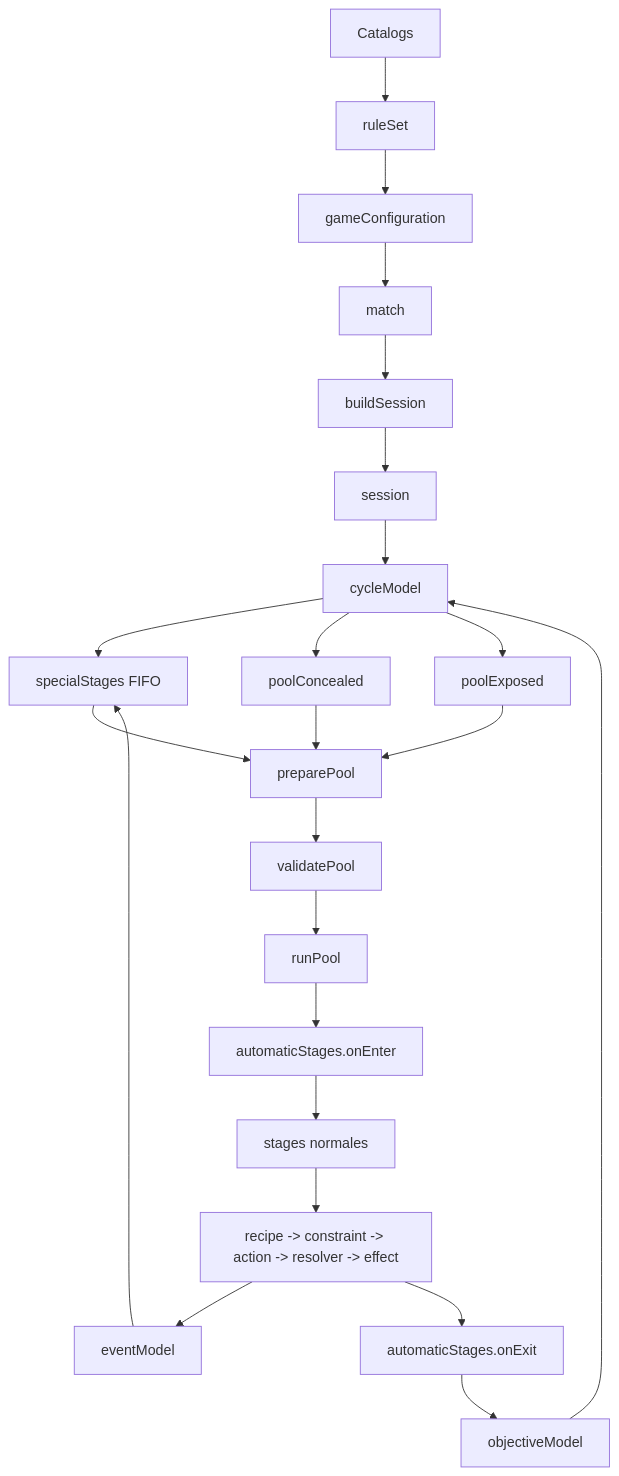
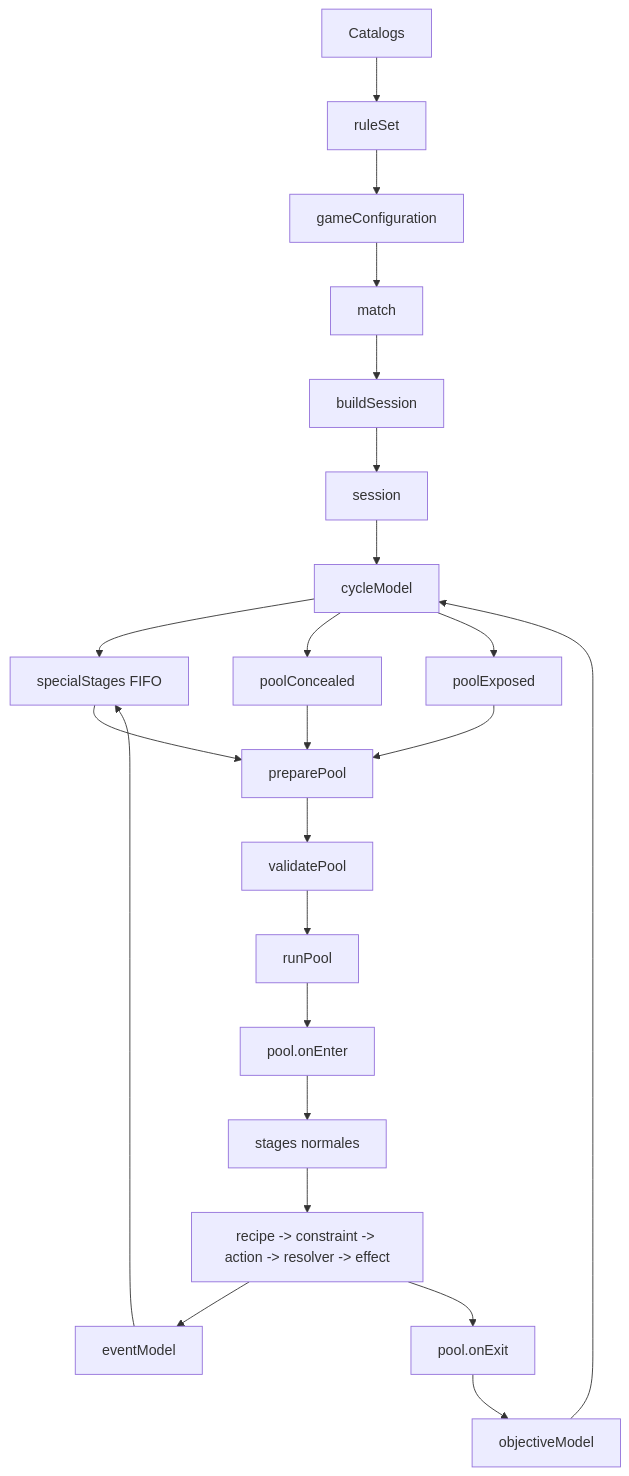
Before and after one commit to juanramonmorandeira/castronegro-director: the diagram in docs/domain_architecture.md, drawn with Mermaid. The commit also changed other lines of this file and 47 other files, not shown here.

````diff
--- a/docs/domain_architecture.md
+++ b/docs/domain_architecture.md
@@ -20,45 +20,45 @@
 ```mermaid
 flowchart TD
   CATALOGS["Catalogs"]
   RULESET["ruleSet"]
   CONFIG["gameConfiguration"]
   MATCH["match"]
   BUILD["buildSession"]
   SESSION["session"]
   CYCLE["cycleModel"]
   SPECIAL["specialStages FIFO"]
   CONCEALED["poolConcealed"]
   EXPOSED["poolExposed"]
   PREPARE["preparePool"]
   VALIDATE["validatePool"]
   RUN["runPool"]
-  ENTER["automaticStages.onEnter"]
+  ENTER["pool.onEnter"]
   STAGES["stages normales"]
-  EXIT["automaticStages.onExit"]
+  EXIT["pool.onExit"]
   PIPELINE["recipe -> constraint -> action -> resolver -> effect"]
   EVENTS["eventModel"]
   OBJECTIVES["objectiveModel"]
 
   CATALOGS --> RULESET
   RULESET --> CONFIG
   CONFIG --> MATCH
   MATCH --> BUILD
   BUILD --> SESSION
   SESSION --> CYCLE
   CYCLE --> SPECIAL
   CYCLE --> CONCEALED
   CYCLE --> EXPOSED
   SPECIAL --> PREPARE
   CONCEALED --> PREPARE
   EXPOSED --> PREPARE
   PREPARE --> VALIDATE
   VALIDATE --> RUN
   RUN --> ENTER
   ENTER --> STAGES
   STAGES --> PIPELINE
   PIPELINE --> EVENTS
   EVENTS --> SPECIAL
   PIPELINE --> EXIT
   EXIT --> OBJECTIVES
   OBJECTIVES --> CYCLE
 ```
````
